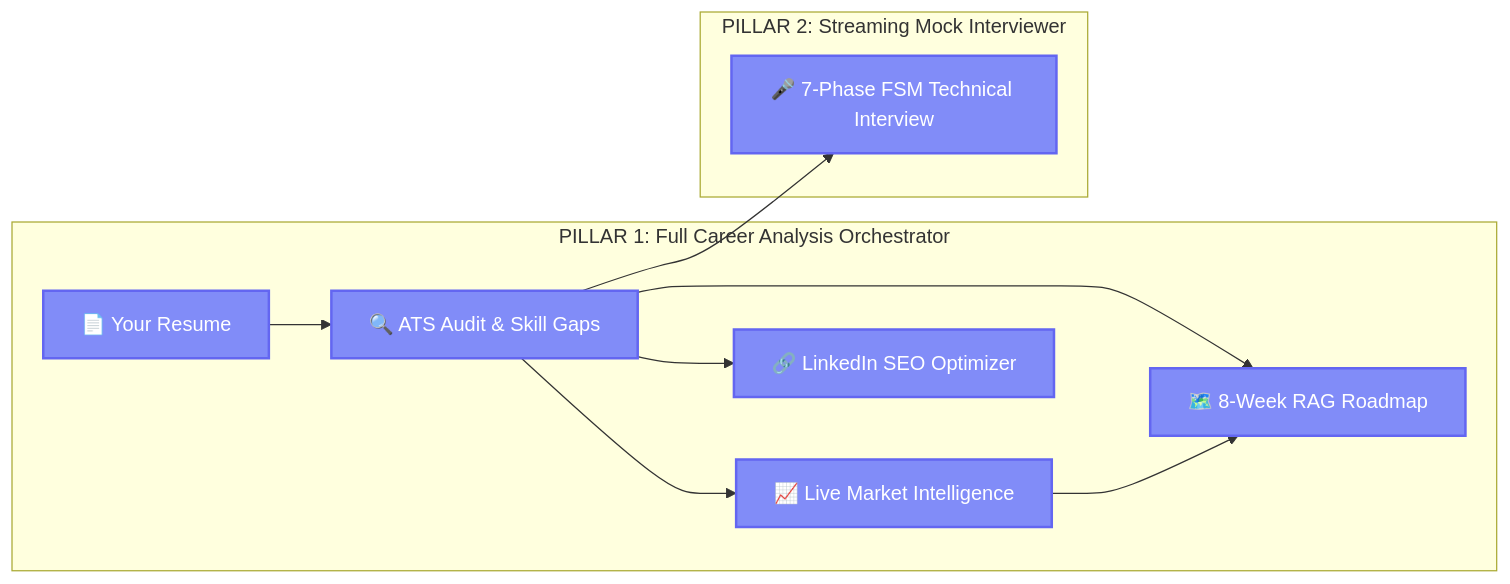
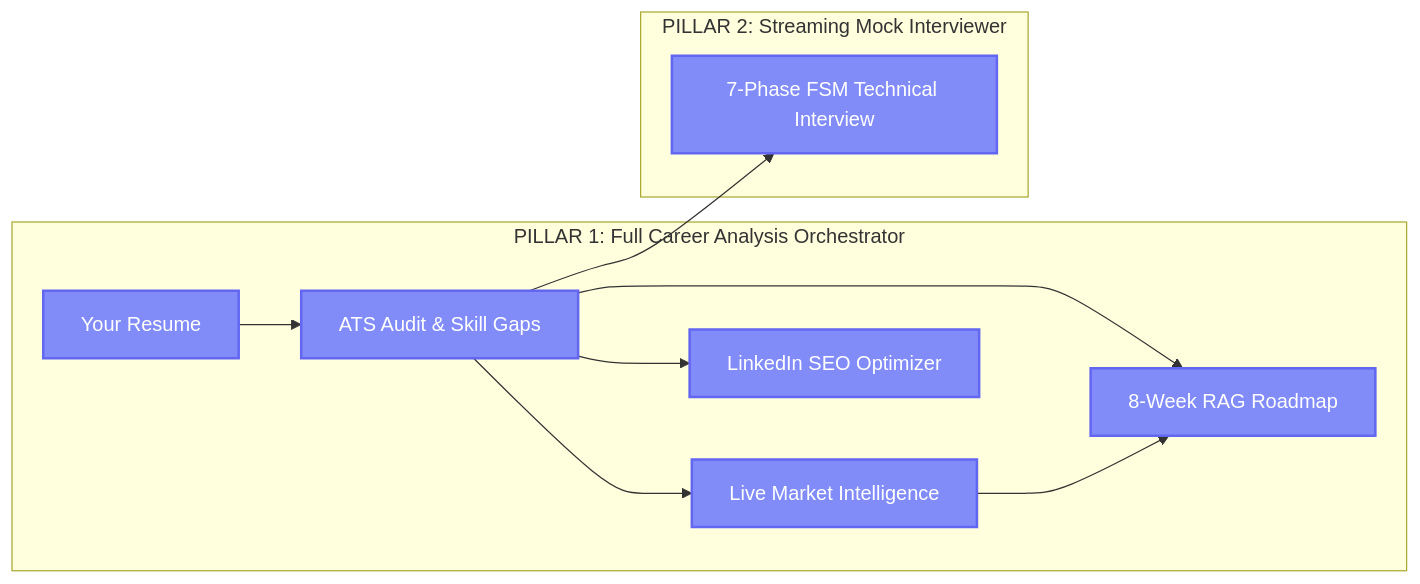
Before and after one commit to Anil-Pradhan-web/ai-career-mentor: the second of 12 diagrams in README.md, drawn with Mermaid. The commit also changed other lines of this file and 2 other files, not shown here.

Commit message:
docs: add high-resolution system architecture diagram image to README.md and ARCHITECTURE.md

````diff
--- a/README.md
+++ b/README.md
@@ -159,18 +159,18 @@
 ```mermaid
 graph LR
     classDef unique fill:#818cf8,color:#fff,stroke:#6366f1,stroke-width:2px
 
     subgraph "PILLAR 1: Full Career Analysis Orchestrator"
-        A["📄 Your Resume"] --> B["🔍 ATS Audit & Skill Gaps"]
-        B --> C["🗺️ 8-Week RAG Roadmap"]
-        B --> D["📈 Live Market Intelligence"]
-        B --> E["🔗 LinkedIn SEO Optimizer"]
+        A["Your Resume"] --> B["ATS Audit & Skill Gaps"]
+        B --> C["8-Week RAG Roadmap"]
+        B --> D["Live Market Intelligence"]
+        B --> E["LinkedIn SEO Optimizer"]
         D --> C
     end
 
     subgraph "PILLAR 2: Streaming Mock Interviewer"
-        B --> F["🎤 7-Phase FSM Technical Interview"]
+        B --> F["7-Phase FSM Technical Interview"]
     end
 
     class A,B,C,D,E,F unique
 ```
````
